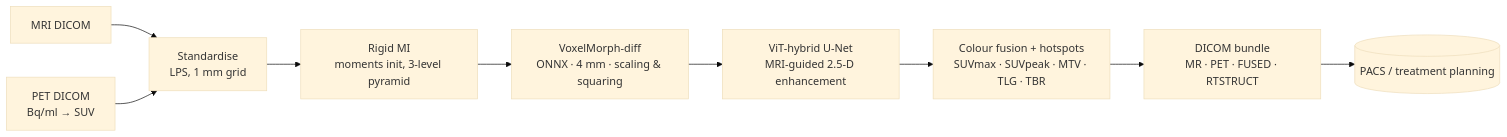
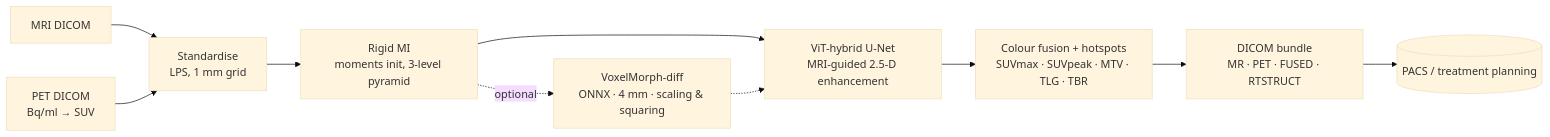
Before and after one commit to dev-parthdeshmukh/fusiontech: the diagram in README.md, drawn with Mermaid (base theme). The commit also changed other lines of this file and 10 other files, not shown here.

First line of the commit message:
Add VoxelMorph-diff model (validation-gated) and document the result

````diff
--- a/README.md
+++ b/README.md
@@ -125,11 +126,12 @@
 ```mermaid
 flowchart LR
     MRI[MRI DICOM] --> L[Standardise<br/>LPS, 1 mm grid]
     PET[PET DICOM<br/>Bq/ml → SUV] --> L
     L --> R1[Rigid MI<br/>moments init, 3-level pyramid]
-    R1 --> R2[VoxelMorph-diff<br/>ONNX · 4 mm · scaling & squaring]
-    R2 --> E[ViT-hybrid U-Net<br/>MRI-guided 2.5-D enhancement]
+    R1 -.optional.-> R2[VoxelMorph-diff<br/>ONNX · 4 mm · scaling & squaring]
+    R1 --> E[ViT-hybrid U-Net<br/>MRI-guided 2.5-D enhancement]
+    R2 -.-> E
     E --> F[Colour fusion + hotspots<br/>SUVmax · SUVpeak · MTV · TLG · TBR]
     F --> X[DICOM bundle<br/>MR · PET · FUSED · RTSTRUCT]
     X --> P[(PACS / treatment planning)]
 ```
````
